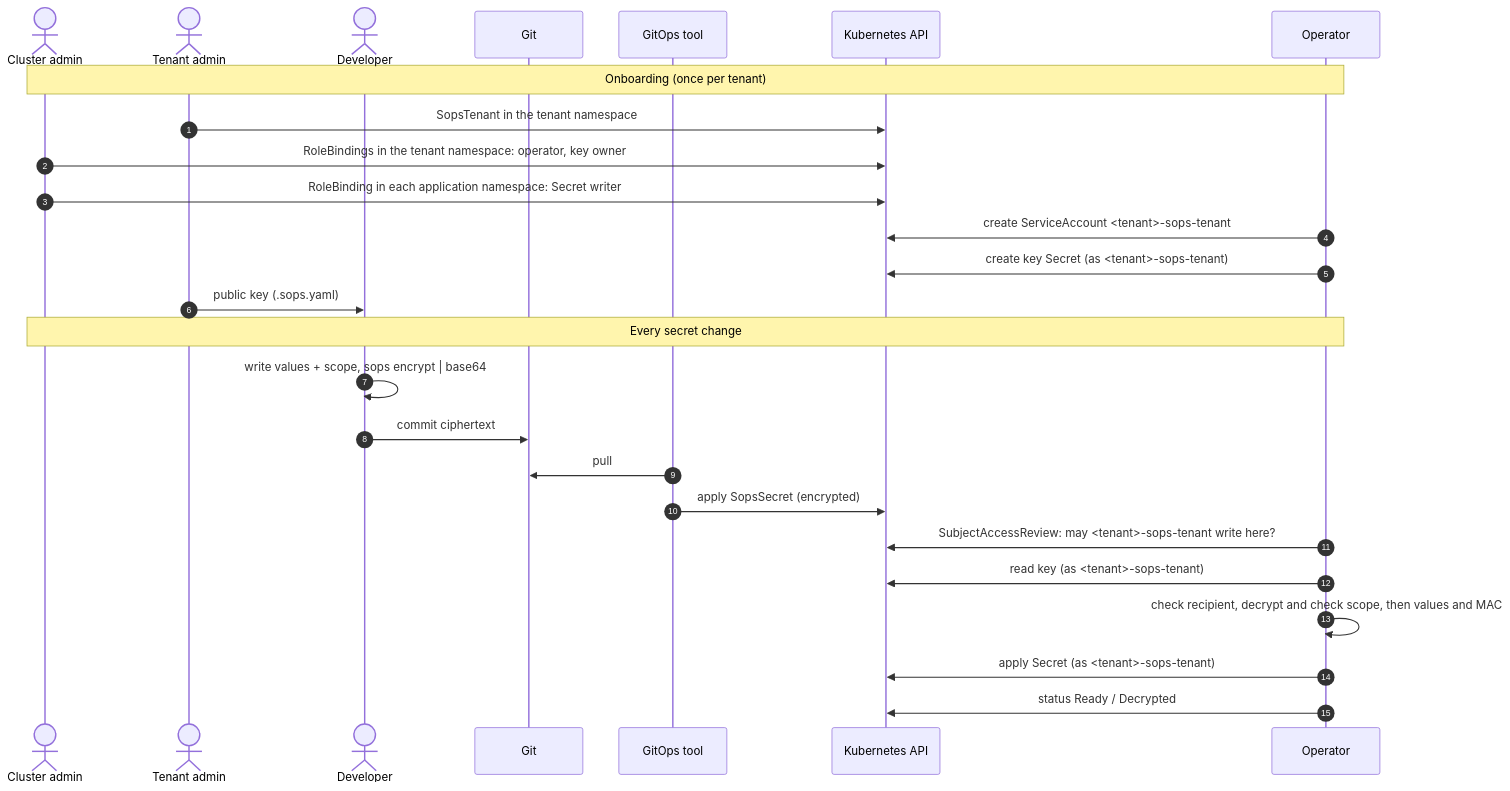
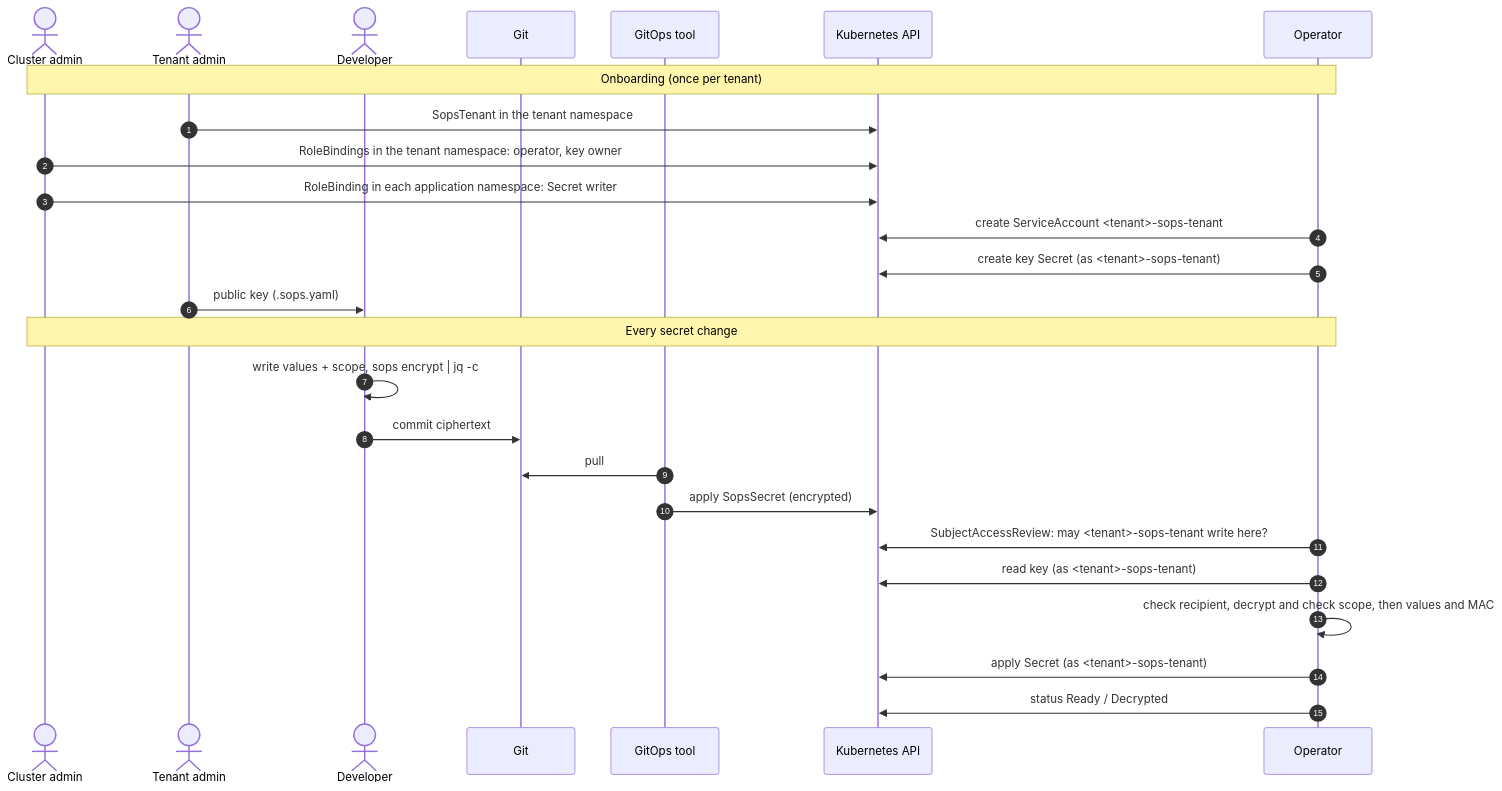
Before and after one commit to stakater/sops-operator: the second of 3 diagrams in DESIGN.md, drawn with Mermaid. The commit also changed other lines of this file and 12 other files, not shown here.

First line of the commit message:
Use compact SOPS JSON instead of base64 for spec.encrypted

````diff
--- a/DESIGN.md
+++ b/DESIGN.md
@@ -184,30 +184,30 @@
 ```mermaid
 sequenceDiagram
     autonumber
     actor CA as Cluster admin
     actor TA as Tenant admin
     actor DEV as Developer
     participant GIT as Git
     participant GO as GitOps tool
     participant API as Kubernetes API
     participant OP as Operator
 
     Note over CA,OP: Onboarding (once per tenant)
     TA->>API: SopsTenant in the tenant namespace
     CA->>API: RoleBindings in the tenant namespace: operator, key owner
     CA->>API: RoleBinding in each application namespace: Secret writer
     OP->>API: create ServiceAccount #lt;tenant#gt;-sops-tenant
     OP->>API: create key Secret (as #lt;tenant#gt;-sops-tenant)
     TA->>DEV: public key (.sops.yaml)
 
     Note over CA,OP: Every secret change
-    DEV->>DEV: write values + scope, sops encrypt | base64
+    DEV->>DEV: write values + scope, sops encrypt | jq -c
     DEV->>GIT: commit ciphertext
     GO->>GIT: pull
     GO->>API: apply SopsSecret (encrypted)
     OP->>API: SubjectAccessReview: may #lt;tenant#gt;-sops-tenant write here?
     OP->>API: read key (as #lt;tenant#gt;-sops-tenant)
     OP->>OP: check recipient, decrypt and check scope, then values and MAC
     OP->>API: apply Secret (as #lt;tenant#gt;-sops-tenant)
     OP->>API: status Ready / Decrypted
 ```
````
